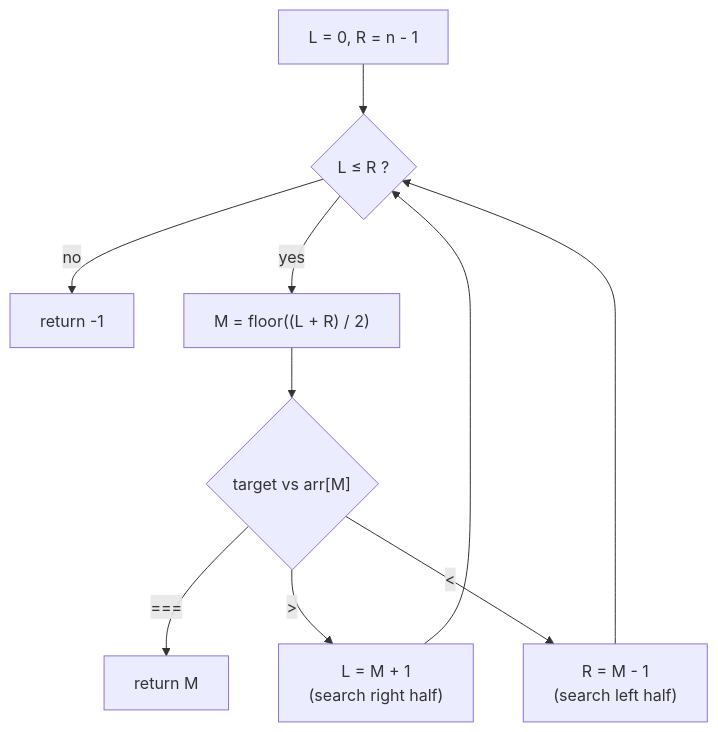
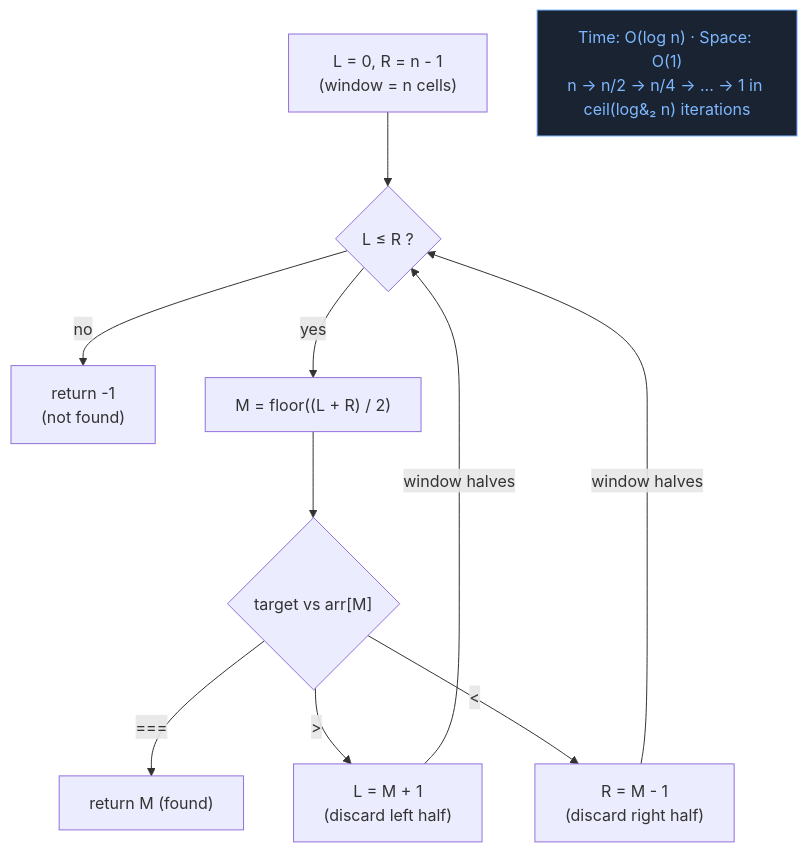
Before and after one commit to pravn27/ds-algo-coding-challenge: the diagram in namaste-dsa/easy/searching & sorting/02/requirement&approach.md, drawn with Mermaid. The commit also changed other lines of this file, not shown here.

Commit message:
dsa refactor

````diff
--- a/namaste-dsa/easy/searching & sorting/02/requirement&approach.md
+++ b/namaste-dsa/easy/searching & sorting/02/requirement&approach.md
@@ -81,12 +81,15 @@
 ```mermaid
 flowchart TD
-  S["L = 0, R = n - 1"] --> W{"L &le; R ?"}
-  W -->|no| NF["return -1"]
+  S["L = 0, R = n - 1<br>(window = n cells)"] --> W{"L &le; R ?"}
+  W -->|no| NF["return -1<br>(not found)"]
   W -->|yes| M["M = floor((L + R) / 2)"]
   M --> C{"target vs arr[M]"}
-  C -->|"==="| F["return M"]
-  C -->|">"| GR["L = M + 1<br>(search right half)"]
-  C -->|"<"| GL["R = M - 1<br>(search left half)"]
-  GR --> W
-  GL --> W
+  C -->|"==="| F["return M (found)"]
+  C -->|">"| GR["L = M + 1<br>(discard left half)"]
+  C -->|"<"| GL["R = M - 1<br>(discard right half)"]
+  GR -->|window halves| W
+  GL -->|window halves| W
+
+  CX["Time: O(log n) &middot; Space: O(1)<br>n &rarr; n/2 &rarr; n/4 &rarr; ... &rarr; 1 in ceil(log&#8322; n) iterations"]:::cx
+  classDef cx fill:#1a2332,stroke:#7eb8ff,color:#7eb8ff
 ```
````
